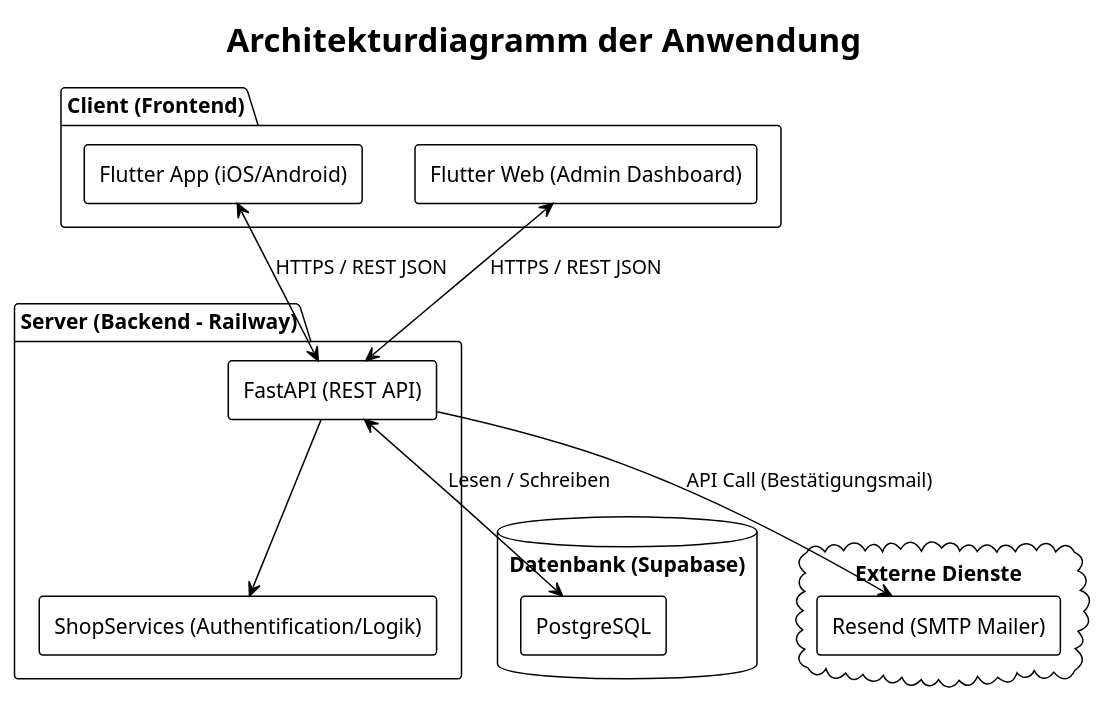
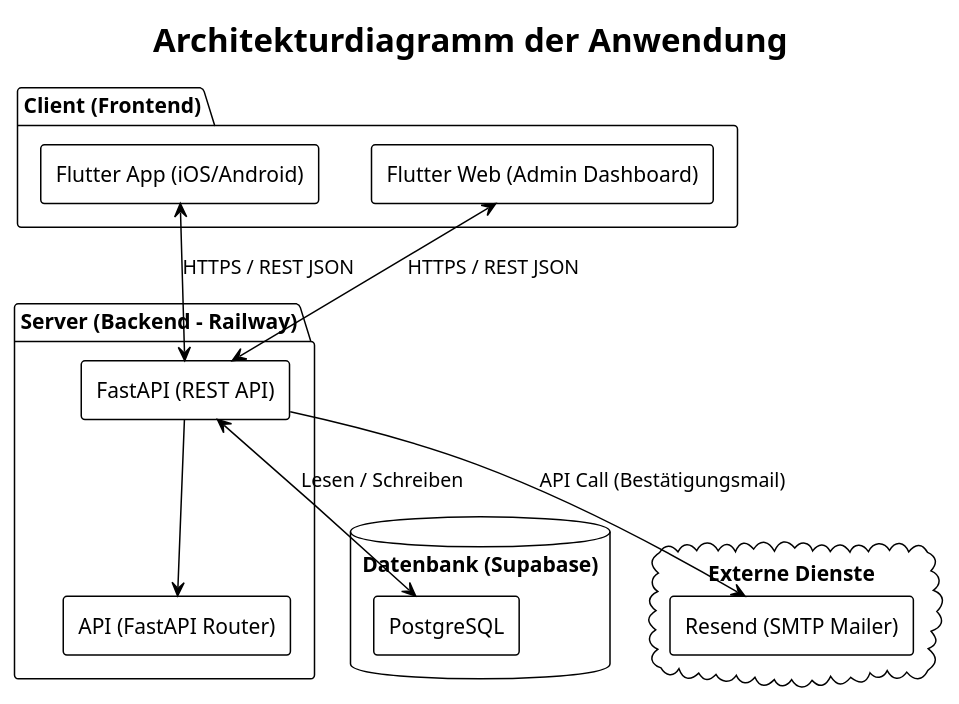
The fourth of 5 diagrams in docs/thriftshop_dokumentation.md (marcelo-ruediger/thriftshop), drawn with PlantUML before and after one commit. The commit also changed other lines of this file and 21 other files, not shown here.

````diff
--- a/docs/thriftshop_dokumentation.md
+++ b/docs/thriftshop_dokumentation.md
@@ -385,32 +385,32 @@
 ```plantuml 
 @startuml architekturdiagramm
 !theme plain
 title Architekturdiagramm der Anwendung
 skinparam componentStyle rectangle
 
 package "Client (Frontend)" {
     [Flutter App (iOS/Android)] as App
     [Flutter Web (Admin Dashboard)] as Web
 }
 
 package "Server (Backend - Railway)" {
     [FastAPI (REST API)] as API
-    [ShopServices (Authentification/Logik)] as Auth
+    [API (FastAPI Router)] as Auth
     API --> Auth
 }
 
 database "Datenbank (Supabase)" {
     [PostgreSQL] as DB
 }
 
 cloud "Externe Dienste" {
     [Resend (SMTP Mailer)] as Mail
 }
 
 App <--> API : HTTPS / REST JSON
 Web <--> API : HTTPS / REST JSON
 
 API <--> DB : Lesen / Schreiben
 API --> Mail : API Call (Bestätigungsmail)
 @enduml
 ```
````
